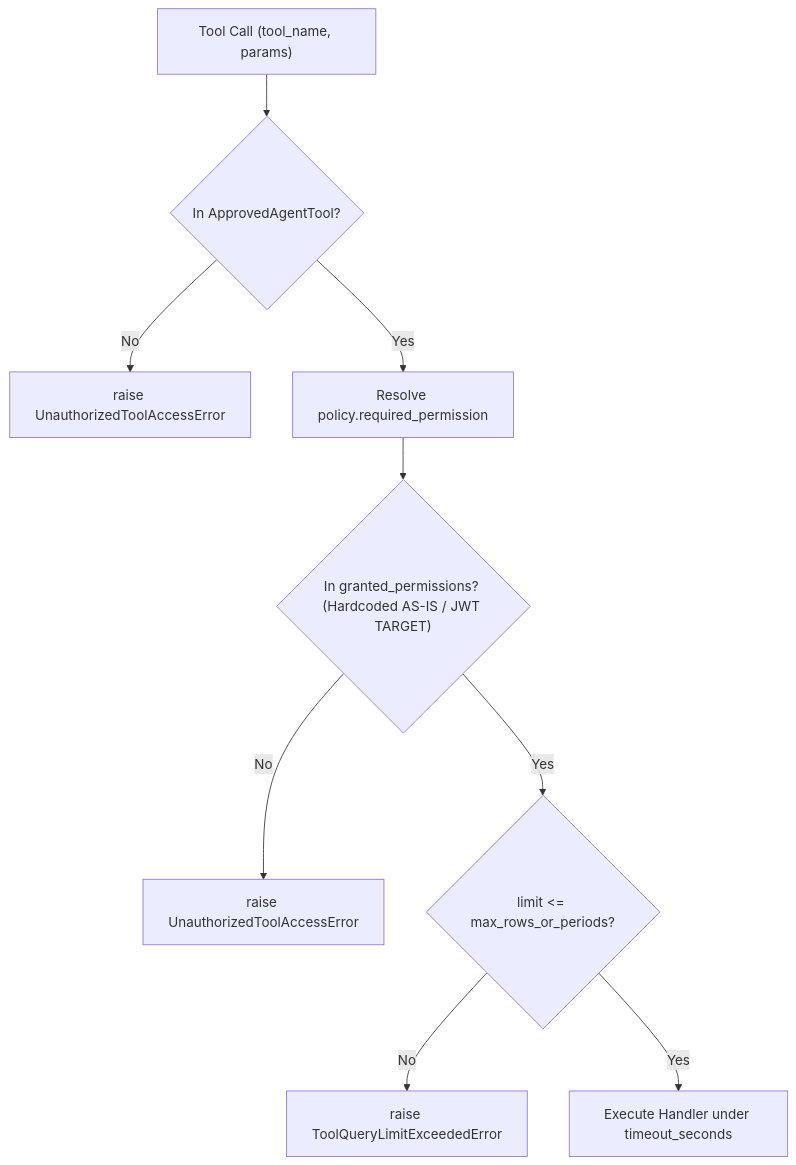
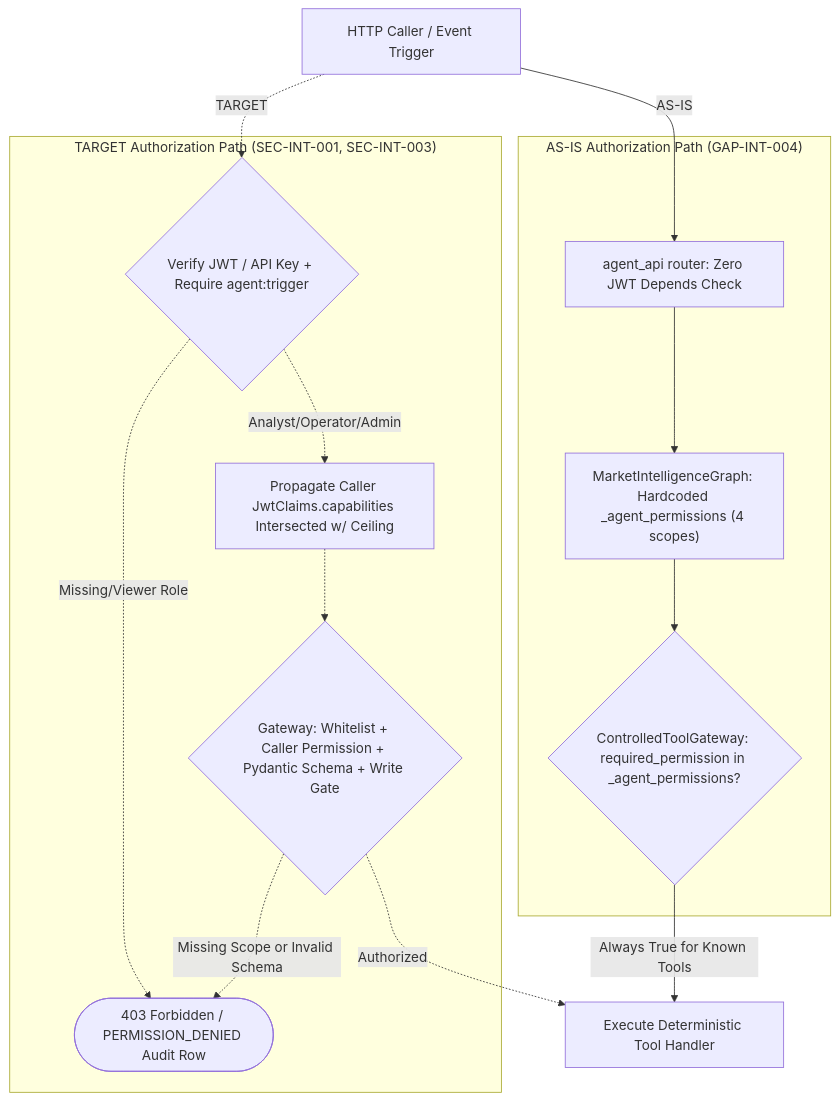
The diagram in docs/intelligence-plane/domains/agent-orchestration-and-tools/capabilities/market-intelligence-workflow-and-tool-gateway/security/agent-tool-authorization-flow.md (DungTran1201/FinancialMarketDataPlatform), drawn with Mermaid before and after one commit. The commit also changed other lines of this file and 55 other files, not shown here.

Commit message:
docs: add comprehensive architecture, workflows, and specifications for intelligence plane

````diff
--- a/docs/intelligence-plane/domains/agent-orchestration-and-tools/capabilities/market-intelligence-workflow-and-tool-gateway/security/agent-tool-authorization-flow.md
+++ b/docs/intelligence-plane/domains/agent-orchestration-and-tools/capabilities/market-intelligence-workflow-and-tool-gateway/security/agent-tool-authorization-flow.md
@@ -42,11 +46,28 @@
 ```mermaid
 flowchart TD
-    REQ["Tool Call (tool_name, params)"] --> WL{"In ApprovedAgentTool?"}
-    WL -->|"No"| DENY1["raise UnauthorizedToolAccessError"]
-    WL -->|"Yes"| PERMS["Resolve policy.required_permission"]
-    PERMS --> CHK{"In granted_permissions? (Hardcoded AS-IS / JWT TARGET)"}
-    CHK -->|"No"| DENY2["raise UnauthorizedToolAccessError"]
-    CHK -->|"Yes"| LIM{"limit <= max_rows_or_periods?"}
-    LIM -->|"No"| DENY3["raise ToolQueryLimitExceededError"]
-    LIM -->|"Yes"| EXEC["Execute Handler under timeout_seconds"]
+    caller["HTTP Caller / Event Trigger"]
+
+    subgraph asis["AS-IS Authorization Path (GAP-INT-004)"]
+        no_jwt["agent_api router: Zero JWT Depends Check"]
+        hc_perm["MarketIntelligenceGraph: Hardcoded _agent_permissions (4 scopes)"]
+        gw_asis{"ControlledToolGateway: required_permission in _agent_permissions?"}
+    end
+
+    subgraph target["TARGET Authorization Path (SEC-INT-001, SEC-INT-003)"]
+        jwt_chk{"Verify JWT / API Key + Require agent:trigger"}
+        cap_int["Propagate Caller JwtClaims.capabilities Intersected w/ Ceiling"]
+        gw_tgt{"Gateway: Whitelist + Caller Permission + Pydantic Schema + Write Gate"}
+        deny(["403 Forbidden / PERMISSION_DENIED Audit Row"])
+    end
+
+    exec["Execute Deterministic Tool Handler"]
+
+    caller -->|"AS-IS"| no_jwt --> hc_perm --> gw_asis
+    gw_asis -->|"Always True for Known Tools"| exec
+
+    caller -.->|"TARGET"| jwt_chk
+    jwt_chk -.->|"Missing/Viewer Role"| deny
+    jwt_chk -.->|"Analyst/Operator/Admin"| cap_int -.-> gw_tgt
+    gw_tgt -.->|"Missing Scope or Invalid Schema"| deny
+    gw_tgt -.->|"Authorized"| exec
 ```
````
